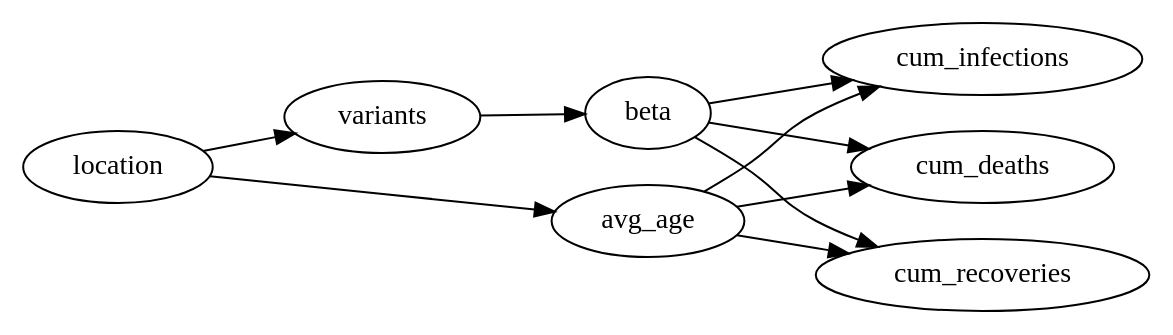
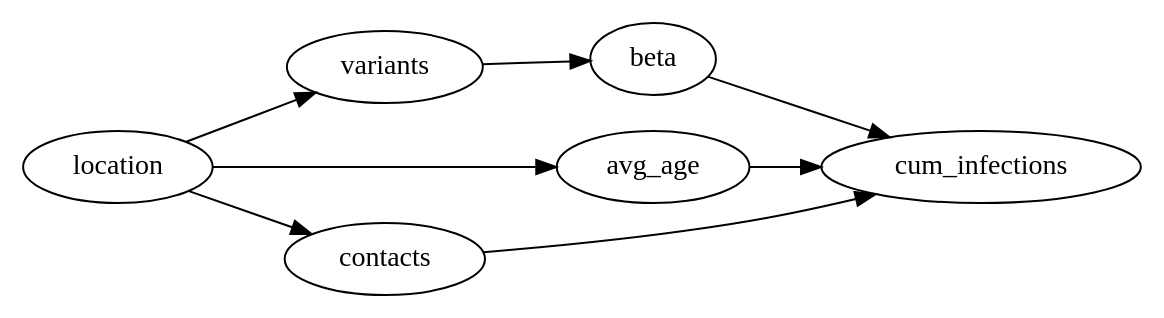
Before and after one commit to CITCOM-project/CausalTestingFramework: the diagram in examples/covasim_/dag.dot, drawn with Graphviz. The commit also changed 1 other file, not shown here.

```diff
--- a/examples/covasim_/dag.dot
+++ b/examples/covasim_/dag.dot
@@ -1,12 +1,10 @@
 digraph CausalDAG {
     rankdir=LR;
     "variants" -> "beta";
     "beta" -> "cum_infections";
-    "beta" -> "cum_deaths";
-    "beta" -> "cum_recoveries";
     "location" -> "variants";
     "location" -> "avg_age";
+    "location" -> "contacts";
+    "contacts" -> "cum_infections";
     "avg_age" -> "cum_infections";
-    "avg_age" -> "cum_deaths";
-    "avg_age" -> "cum_recoveries";
 }
```
